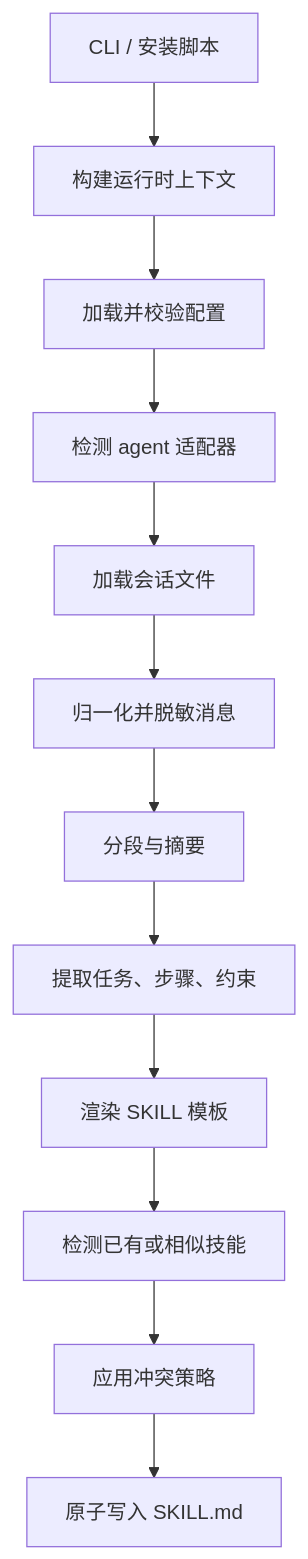
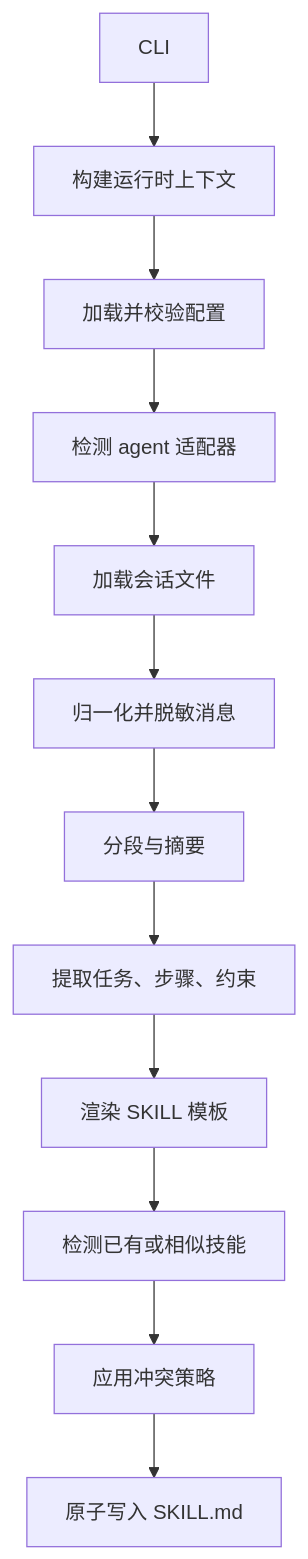
Before and after one commit to jackz-jones/experience-to-skill-generator: the second of 2 diagrams in doc/TECHNICAL_DESIGN_CN.md, drawn with Mermaid. The commit also changed other lines of this file and 9 other files, not shown here.

First line of the commit message:
refactor: redesign tool architecture - LLM-driven analysis + agent integration

````diff
--- a/doc/TECHNICAL_DESIGN_CN.md
+++ b/doc/TECHNICAL_DESIGN_CN.md
@@ -17,14 +50,14 @@
 ```mermaid
 flowchart TD
-    A[CLI / 安装脚本] --> B[构建运行时上下文]
+    A[CLI] --> B[构建运行时上下文]
     B --> C[加载并校验配置]
     C --> D[检测 agent 适配器]
     D --> E[加载会话文件]
     E --> F[归一化并脱敏消息]
     F --> G[分段与摘要]
     G --> H[提取任务、步骤、约束]
     H --> I[渲染 SKILL 模板]
     I --> J[检测已有或相似技能]
     J --> K[应用冲突策略]
     K --> L[原子写入 SKILL.md]
 ```
````
